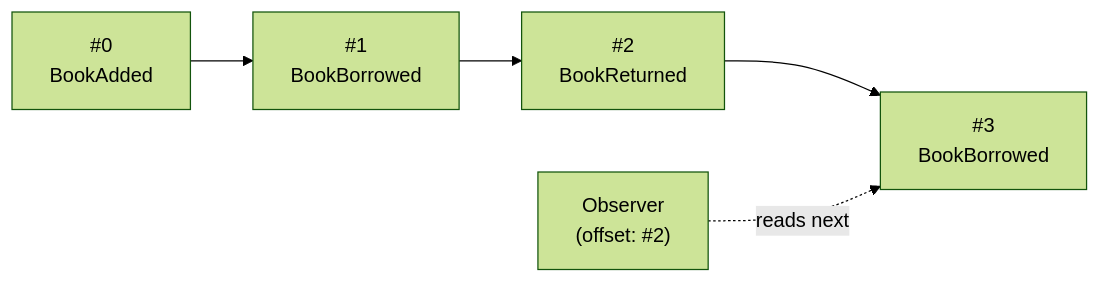
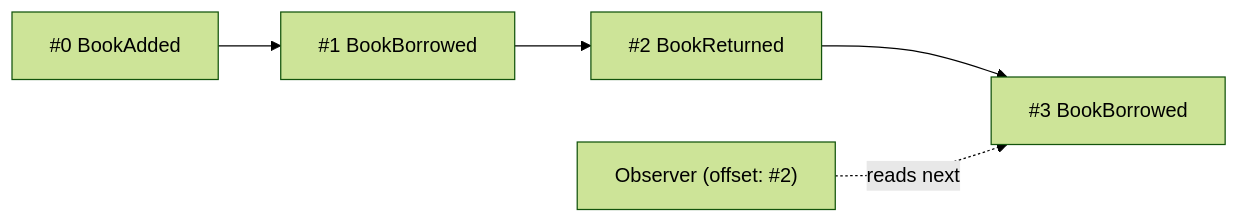
One commit to Cratis/Chronicle changed the diagram in Documentation/concepts/event-sequence.md. Above: the diagram before and after it, drawn with Mermaid (forest theme). The commit also changed 43 other files, not shown here.

````diff
--- a/Documentation/concepts/event-sequence.md
+++ b/Documentation/concepts/event-sequence.md
@@ -12,5 +12,5 @@
 ```mermaid
 flowchart LR
-    E0["#0<br/>BookAdded"] --> E1["#1<br/>BookBorrowed"] --> E2["#2<br/>BookReturned"] --> E3["#3<br/>BookBorrowed"]
-    O["Observer<br/>(offset: #2)"] -.->|reads next| E3
+    E0["#0 BookAdded"] --> E1["#1 BookBorrowed"] --> E2["#2 BookReturned"] --> E3["#3 BookBorrowed"]
+    O["Observer (offset: #2)"] -.->|reads next| E3
 ```
````
